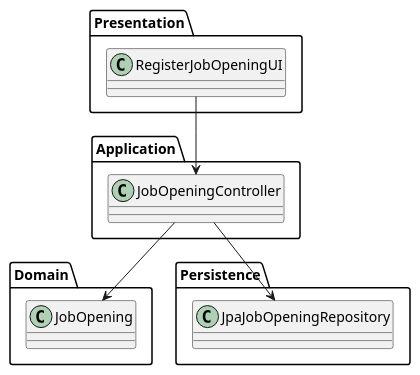
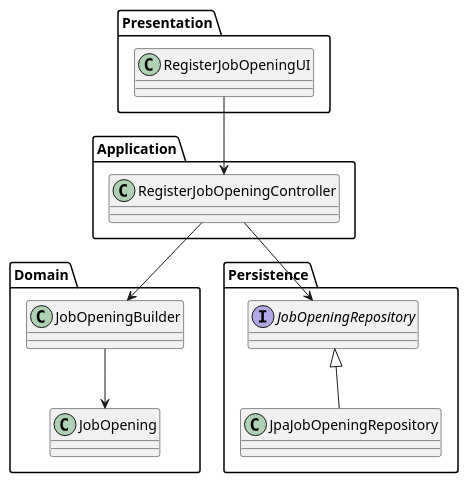
Before and after one commit to Goncalves2525/Jobs4U-Talent-Acquisition-Management-System: the diagram in docs/Sprint B/us_1002/class-diagram-01.puml, drawn with PlantUML. The commit also changed 11 other files, not shown here.

Commit message:
Changed project architecture

```diff
--- a/docs/Sprint B/us_1002/class-diagram-01.puml
+++ b/docs/Sprint B/us_1002/class-diagram-01.puml
@@ -1,25 +1,29 @@
 @startuml
 
 package Presentation {
     class RegisterJobOpeningUI
 }
 
 package Domain {
     class JobOpening
+    class JobOpeningBuilder
 }
 
 package Persistence {
     class JpaJobOpeningRepository
+    interface JobOpeningRepository
 }
 
 package Application {
-    class JobOpeningController
+    class RegisterJobOpeningController
 }
 
 
 
-Presentation.RegisterJobOpeningUI --> Application.JobOpeningController
-Application.JobOpeningController --> Persistence.JpaJobOpeningRepository
-Application.JobOpeningController --> Domain.JobOpening
+Presentation.RegisterJobOpeningUI --> Application.RegisterJobOpeningController
+Application.RegisterJobOpeningController --> Persistence.JobOpeningRepository
+Application.RegisterJobOpeningController --> Domain.JobOpeningBuilder
+Domain.JobOpeningBuilder --> Domain.JobOpening
+Persistence.JobOpeningRepository <|-- Persistence.JpaJobOpeningRepository
 
 @enduml
```
